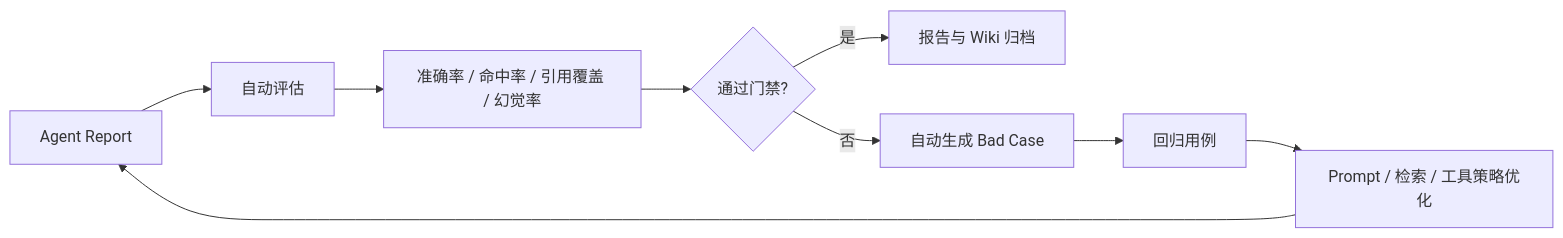
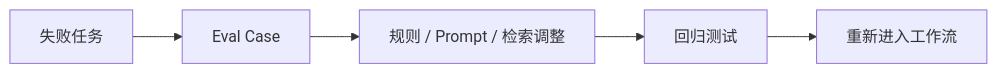
Before and after one commit to ljt-sss/A_stock_analysis_agent: the third of 3 diagrams in README.md, drawn with Mermaid. The commit also changed other lines of this file and 27 other files, not shown here.

````diff
--- a/README.md
+++ b/README.md
@@ -121,11 +162,7 @@
 ```mermaid
 flowchart LR
-    Report["Agent Report"] --> Eval["自动评估"]
-    Eval --> Metrics["准确率 / 命中率 / 引用覆盖 / 幻觉率"]
-    Metrics --> Gate{"通过门禁?"}
-    Gate -->|是| Archive["报告与 Wiki 归档"]
-    Gate -->|否| BadCase["自动生成 Bad Case"]
-    BadCase --> Regression["回归用例"]
-    Regression --> Prompt["Prompt / 检索 / 工具策略优化"]
-    Prompt --> Report
+    Failed["失败任务"] --> Case["Eval Case"]
+    Case --> Fix["规则 / Prompt / 检索调整"]
+    Fix --> Test["回归测试"]
+    Test --> Runtime["重新进入工作流"]
 ```
````
